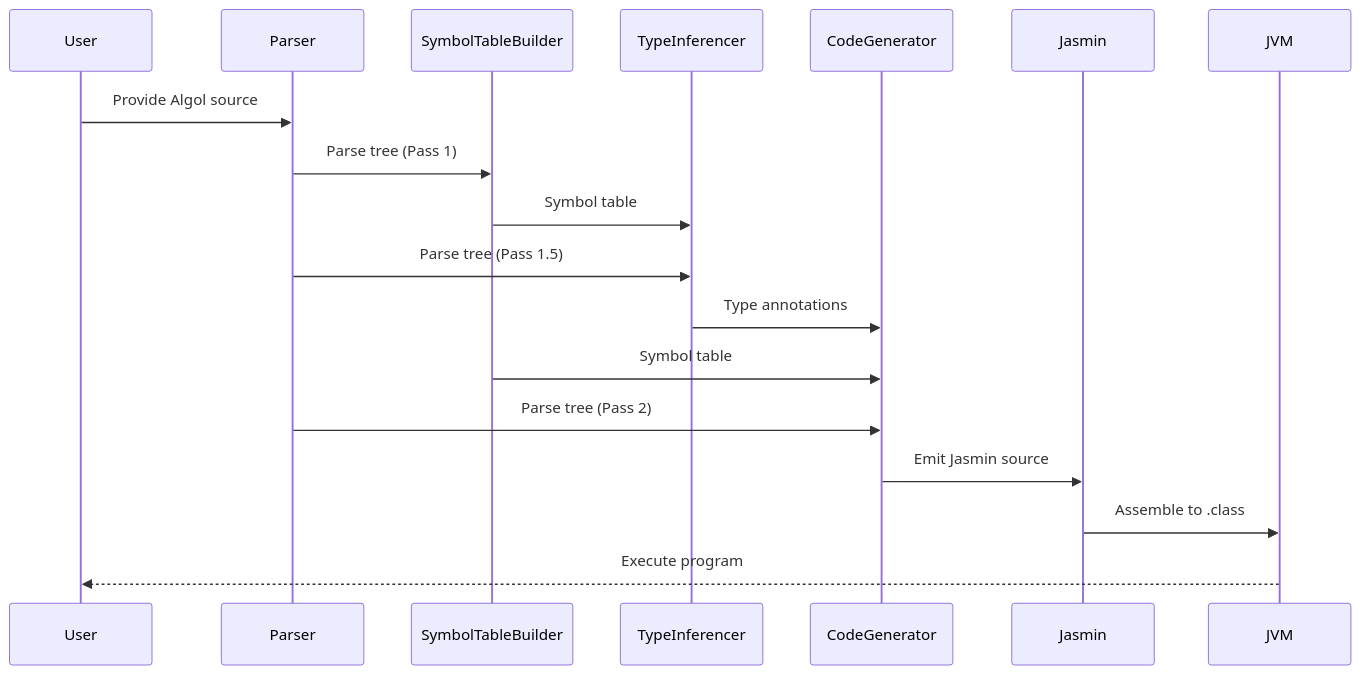
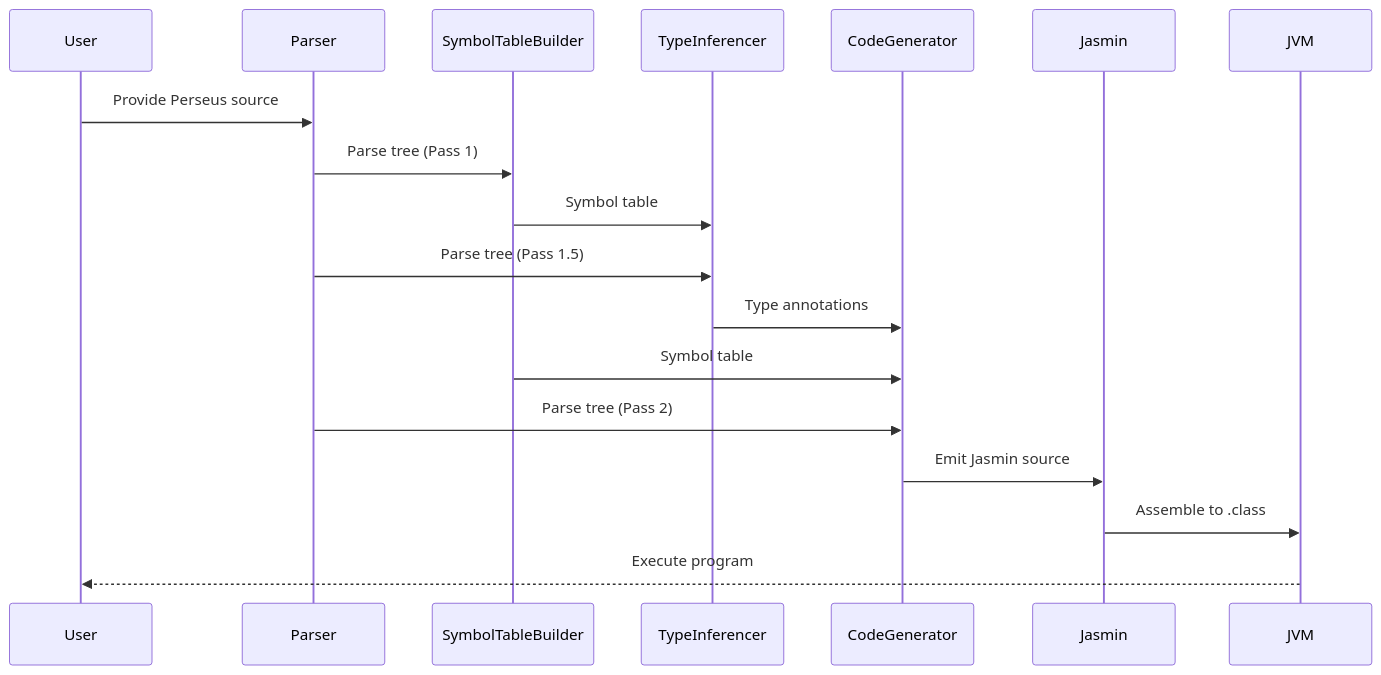
Before and after one commit to gnbonney/Perseus: the second of 3 diagrams in docs/Architecture.md, drawn with Mermaid. The commit also changed other lines of this file and 32 other files, not shown here.

````diff
--- a/docs/Architecture.md
+++ b/docs/Architecture.md
@@ -39,20 +75,20 @@
 ```mermaid
 sequenceDiagram
     participant User
     participant Parser
     participant SymbolTableBuilder
     participant TypeInferencer
     participant CodeGenerator
     participant Jasmin
     participant JVM
-    User->>Parser: Provide Algol source
+    User->>Parser: Provide Perseus source
     Parser->>SymbolTableBuilder: Parse tree (Pass 1)
     SymbolTableBuilder->>TypeInferencer: Symbol table
     Parser->>TypeInferencer: Parse tree (Pass 1.5)
     TypeInferencer->>CodeGenerator: Type annotations
     SymbolTableBuilder->>CodeGenerator: Symbol table
     Parser->>CodeGenerator: Parse tree (Pass 2)
     CodeGenerator->>Jasmin: Emit Jasmin source
     Jasmin->>JVM: Assemble to .class
     JVM-->>User: Execute program
 ```
````
